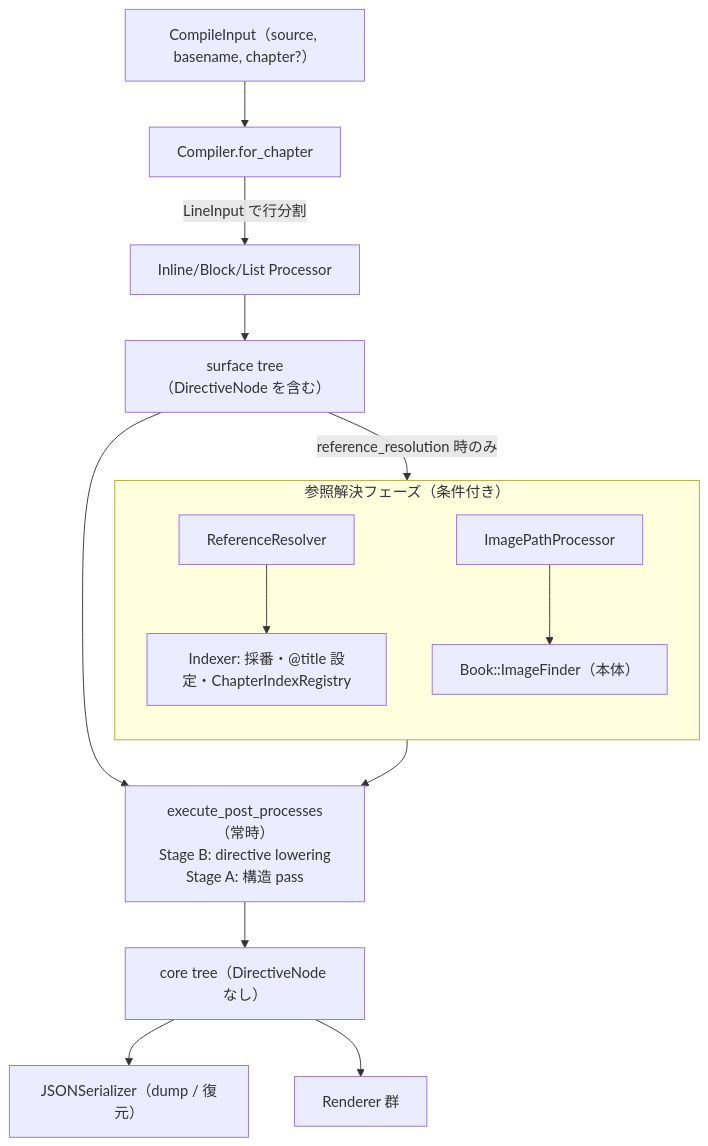
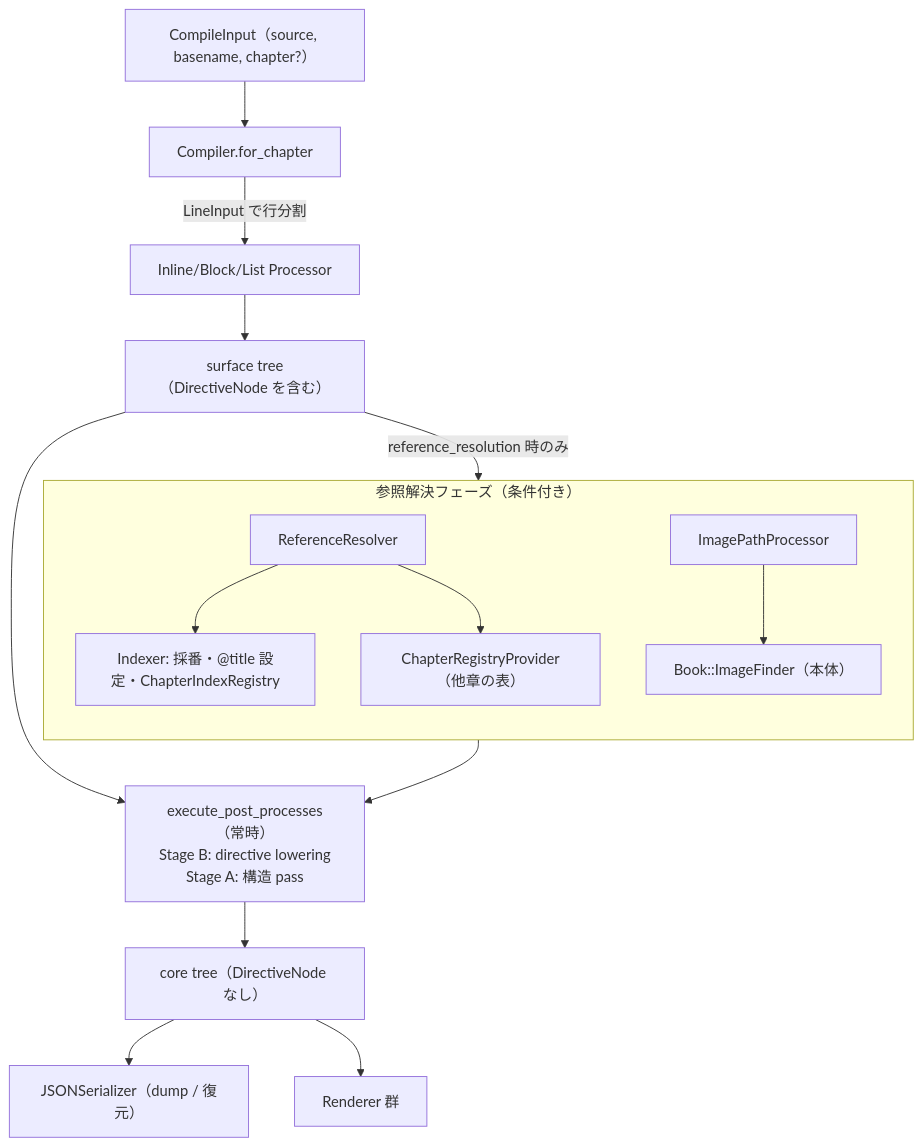
The second of 5 diagrams in doc/review-ast-architecture.ja.md (takahashim/review-ast), drawn with Mermaid before and after one commit. The commit also changed other lines of this file and 9 other files, not shown here.

````diff
--- a/doc/review-ast-architecture.ja.md
+++ b/doc/review-ast-architecture.ja.md
@@ -96,20 +96,21 @@
 ```mermaid
 flowchart TD
   Input["CompileInput（source, basename, chapter?）"] --> Compiler
   Compiler["Compiler.for_chapter"] -->|LineInput で行分割| Parse["Inline/Block/List Processor"]
   Parse --> Surface["surface tree（DirectiveNode を含む）"]
 
   Surface -->|reference_resolution 時のみ| RR
   subgraph Resolve["参照解決フェーズ（条件付き）"]
     direction TB
     RR["ReferenceResolver"] --> IDX["Indexer: 採番・@title 設定・ChapterIndexRegistry"]
+    RR --> CRP["ChapterRegistryProvider（他章の表）"]
     IPP["ImagePathProcessor"] --> IF["Book::ImageFinder（本体）"]
   end
 
   Surface --> Post["execute_post_processes（常時）<br/>Stage B: directive lowering<br/>Stage A: 構造 pass"]
   Resolve --> Post
   Post --> Core["core tree（DirectiveNode なし）"]
 
   Core --> Dump["JSONSerializer（dump / 復元）"]
   Core --> Renderers["Renderer 群"]
 ```
````
